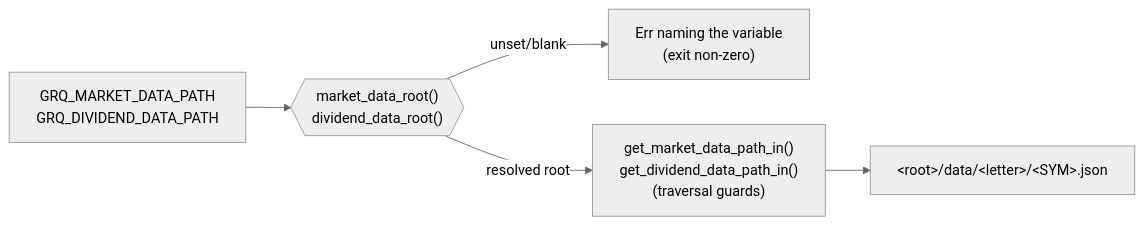
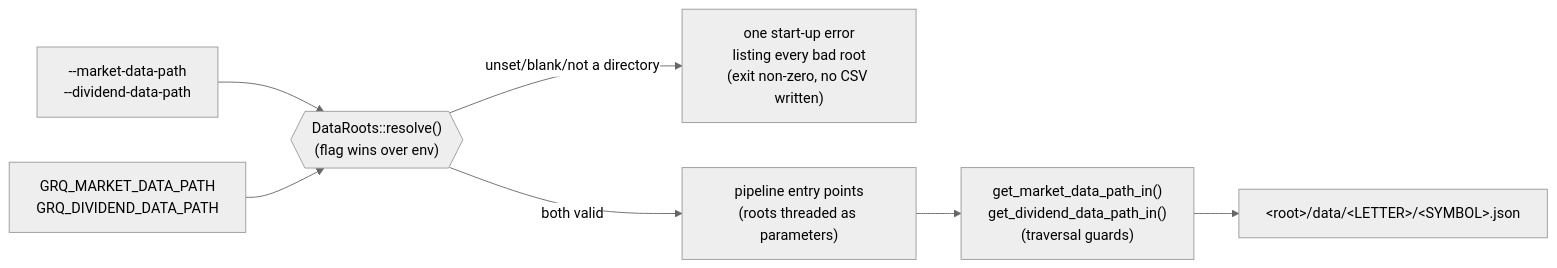
Before and after one commit to stSoftwareAU/GRQ-validation: diagram 11 of 11 in README.md, drawn with Mermaid (neutral theme). The commit also changed other lines of this file and 17 other files, not shown here.

First line of the commit message:
Wire --market-data-path / --dividend-data-path through CLI and shell (Issue #803)

````diff
--- a/README.md
+++ b/README.md
@@ -913,7 +991,9 @@
 ```mermaid
 flowchart LR
-    ENV["GRQ_MARKET_DATA_PATH<br/>GRQ_DIVIDEND_DATA_PATH"] --> R{{"market_data_root()<br/>dividend_data_root()"}}
-    R -- unset/blank --> F["Err naming the variable<br/>(exit non-zero)"]
-    R -- resolved root --> C["get_market_data_path_in()<br/>get_dividend_data_path_in()<br/>(traversal guards)"]
-    C --> O["&lt;root&gt;/data/&lt;letter&gt;/&lt;SYM&gt;.json"]
+    F["--market-data-path<br/>--dividend-data-path"] --> R{{"DataRoots::resolve()<br/>(flag wins over env)"}}
+    E["GRQ_MARKET_DATA_PATH<br/>GRQ_DIVIDEND_DATA_PATH"] --> R
+    R -- unset/blank/not a directory --> X["one start-up error<br/>listing every bad root<br/>(exit non-zero, no CSV written)"]
+    R -- both valid --> P["pipeline entry points<br/>(roots threaded as parameters)"]
+    P --> C["get_market_data_path_in()<br/>get_dividend_data_path_in()<br/>(traversal guards)"]
+    C --> O["&lt;root&gt;/data/&lt;LETTER&gt;/&lt;SYMBOL&gt;.json"]
 ```
````
